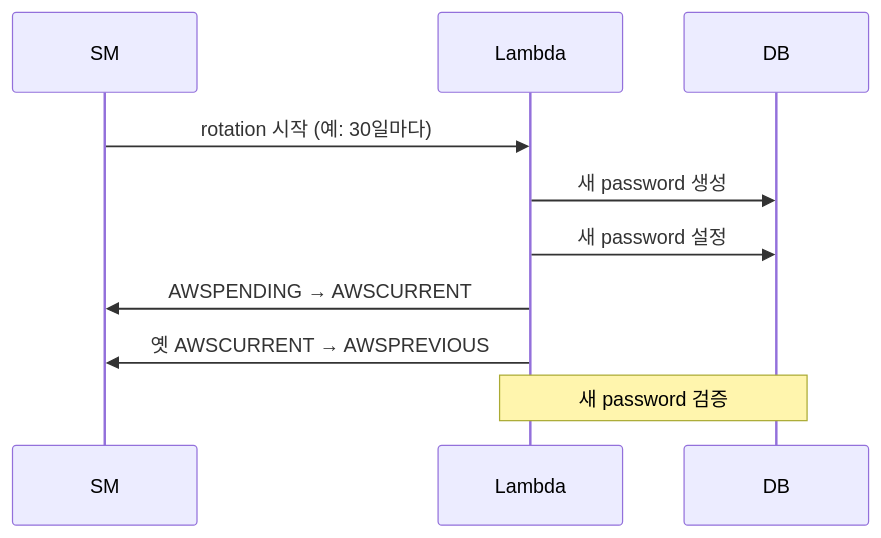
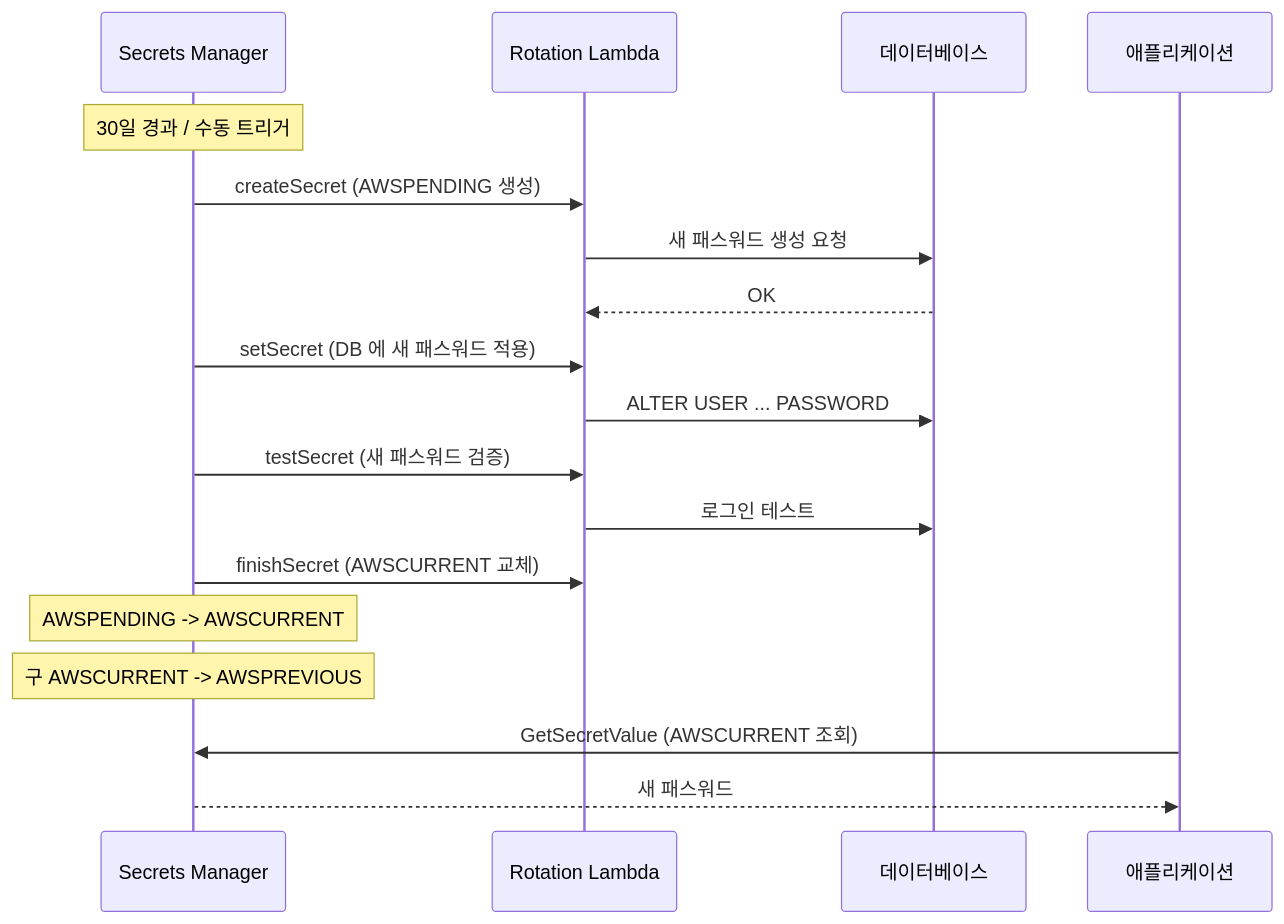
The second of 2 diagrams in src/content/wiki/cloud/aws-secrets-manager.mdx (shinkeonkim/shinkeonkim.github.io), drawn with Mermaid before and after one commit. The commit also changed other lines of this file and 526 other files, not shown here.

First line of the commit message:
content(wiki): 전수조사 및 대규모 보강 (짧은 파일 0, mermaid +645)

````diff
--- a/src/content/wiki/cloud/aws-secrets-manager.mdx
+++ b/src/content/wiki/cloud/aws-secrets-manager.mdx
@@ -46,9 +106,21 @@
 ```mermaid
 sequenceDiagram
-    SM->>Lambda: rotation 시작 (예: 30일마다)
-    Lambda->>DB: 새 password 생성
-    Lambda->>DB: 새 password 설정
-    Lambda->>SM: AWSPENDING → AWSCURRENT
-    Lambda->>SM: 옛 AWSCURRENT → AWSPREVIOUS
-    Note over Lambda,DB: 새 password 검증
+    participant SM as Secrets Manager
+    participant L as Rotation Lambda
+    participant DB as 데이터베이스
+    participant App as 애플리케이션
+
+    Note over SM: 30일 경과 / 수동 트리거
+    SM->>L: createSecret (AWSPENDING 생성)
+    L->>DB: 새 패스워드 생성 요청
+    DB-->>L: OK
+    SM->>L: setSecret (DB 에 새 패스워드 적용)
+    L->>DB: ALTER USER ... PASSWORD
+    SM->>L: testSecret (새 패스워드 검증)
+    L->>DB: 로그인 테스트
+    SM->>L: finishSecret (AWSCURRENT 교체)
+    Note over SM: AWSPENDING -> AWSCURRENT
+    Note over SM: 구 AWSCURRENT -> AWSPREVIOUS
+    App->>SM: GetSecretValue (AWSCURRENT 조회)
+    SM-->>App: 새 패스워드
 ```
````
